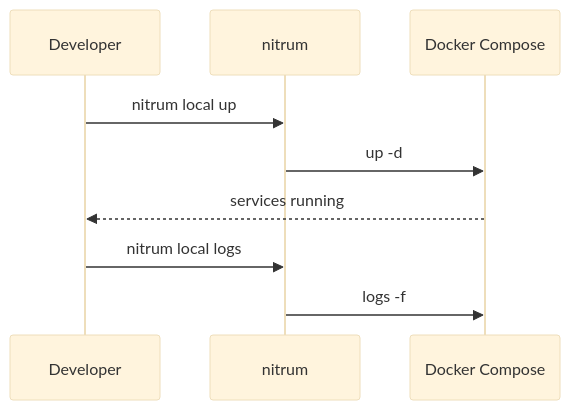
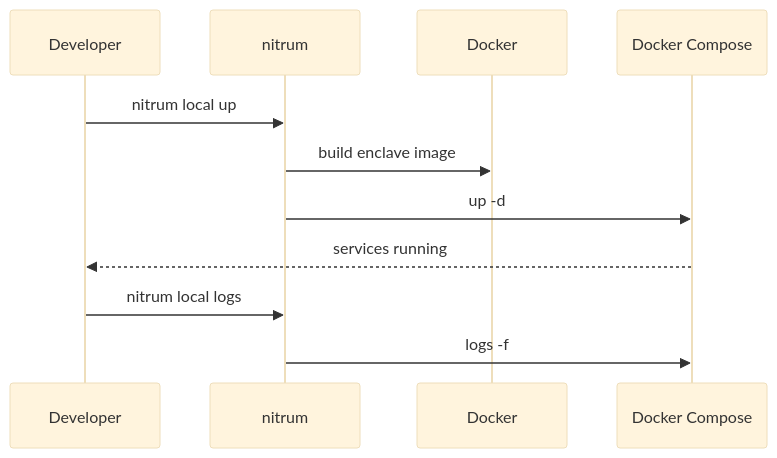
One commit to matzapata/nitrum changed the sixth of 7 diagrams in docs/architecture.md. Above: the diagram before and after it, drawn with Mermaid (base theme). The commit also changed other lines of this file and 122 other files, not shown here.

````diff
--- a/docs/architecture.md
+++ b/docs/architecture.md
@@ -287,12 +287,14 @@
 ```mermaid
 sequenceDiagram
     participant Dev as Developer
     participant CLI as nitrum
+    participant Docker as Docker
     participant DC as Docker Compose
 
     Dev->>CLI: nitrum local up
+    CLI->>Docker: build enclave image
     CLI->>DC: up -d
     DC-->>Dev: services running
     Dev->>CLI: nitrum local logs
     CLI->>DC: logs -f
 ```
````
